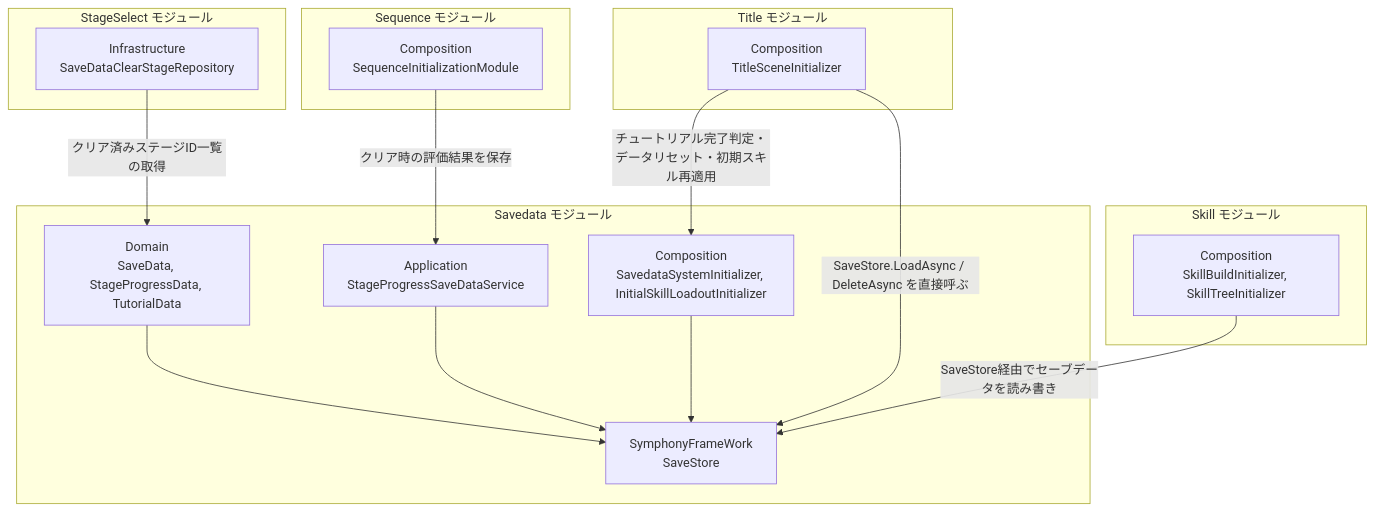
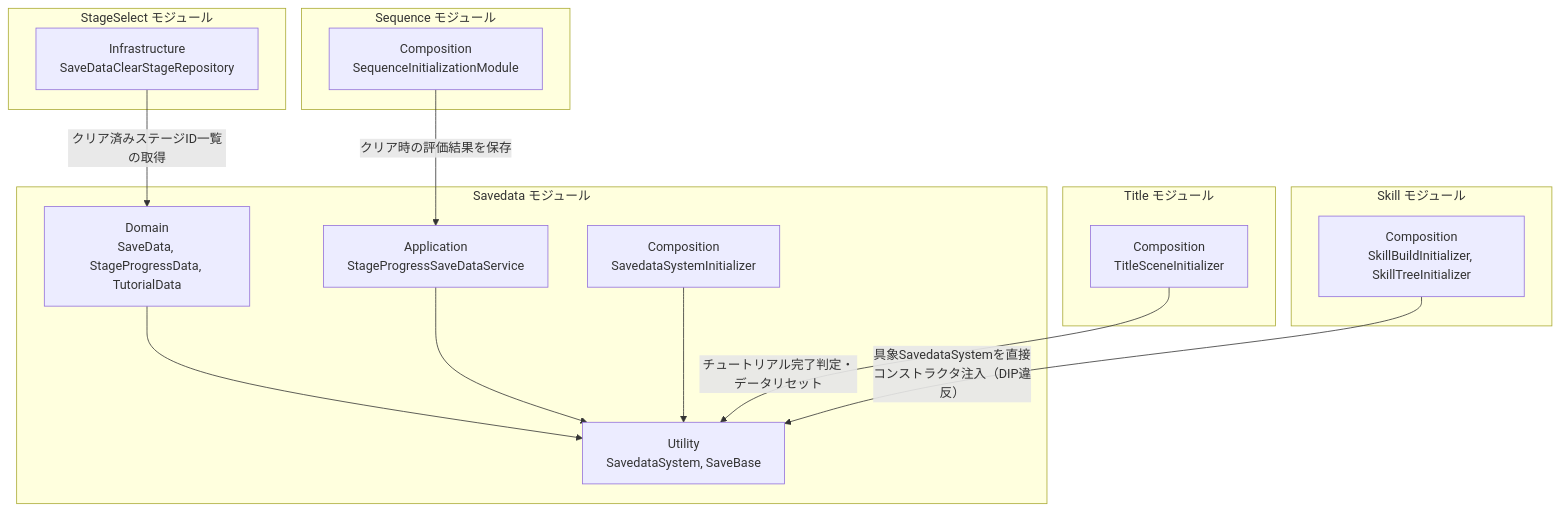
The first of 3 diagrams in Assets/Docs/ScriptsDocs/Modules/NotionModuleDocs/Savedata.md (HIBIKI5201/SymphonyKillChord), drawn with Mermaid before and after one commit. The commit also changed other lines of this file and 2383 other files, not shown here.

````diff
--- a/Assets/Docs/ScriptsDocs/Modules/NotionModuleDocs/Savedata.md
+++ b/Assets/Docs/ScriptsDocs/Modules/NotionModuleDocs/Savedata.md
@@ -44,36 +42,35 @@
 ```mermaid
 graph TD
     %% 定義 (接続のないレイヤーは省略)
     subgraph SavedataModule [Savedata モジュール]
         SD_Domain["Domain<br>SaveData, StageProgressData, TutorialData"]
-        SD_Store["SymphonyFrameWork<br>SaveStore"]
+        SD_Utility["Utility<br>SavedataSystem, SaveBase"]
         SD_App["Application<br>StageProgressSaveDataService"]
-        SD_Composition["Composition<br>SavedataSystemInitializer, InitialSkillLoadoutInitializer"]
-        SD_Domain --> SD_Store
-        SD_App --> SD_Store
-        SD_Composition --> SD_Store
+        SD_Composition["Composition<br>SavedataSystemInitializer"]
+        SD_Domain --> SD_Utility
+        SD_App --> SD_Utility
+        SD_Composition --> SD_Utility
     end
 
     subgraph SequenceModule [Sequence モジュール]
         SQ_Composition["Composition<br>SequenceInitializationModule"]
     end
 
     subgraph StageSelectModule [StageSelect モジュール]
         SS_Infra["Infrastructure<br>SaveDataClearStageRepository"]
     end
 
     subgraph TitleModule [Title モジュール]
         T_Composition["Composition<br>TitleSceneInitializer"]
     end
 
     subgraph SkillModule [Skill モジュール]
         SK_Composition["Composition<br>SkillBuildInitializer, SkillTreeInitializer"]
     end
 
     %% 依存関係
     SQ_Composition -->|"クリア時の評価結果を保存"| SD_App
     SS_Infra -->|"クリア済みステージID一覧の取得"| SD_Domain
-    T_Composition -->|"チュートリアル完了判定・データリセット・初期スキル再適用"| SD_Composition
-    T_Composition -->|"SaveStore.LoadAsync / DeleteAsync を直接呼ぶ"| SD_Store
-    SK_Composition -->|"SaveStore経由でセーブデータを読み書き"| SD_Store
+    T_Composition -->|"チュートリアル完了判定・データリセット"| SD_Utility
+    SK_Composition -->|"具象SavedataSystemを直接コンストラクタ注入（DIP違反）"| SD_Utility
 ```
````
